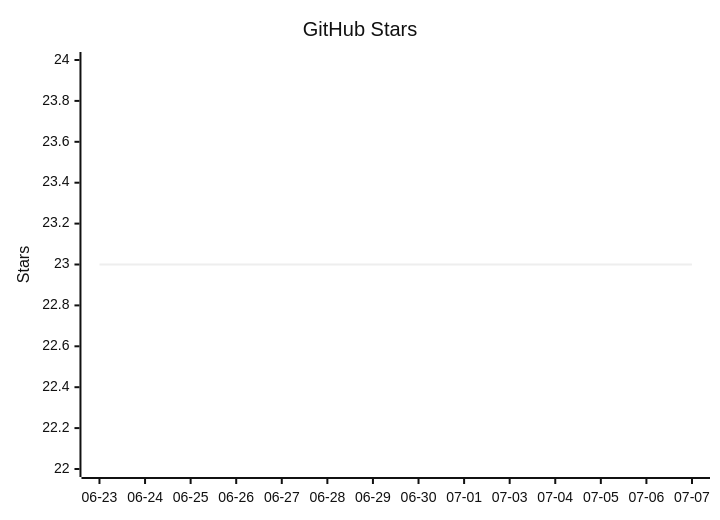
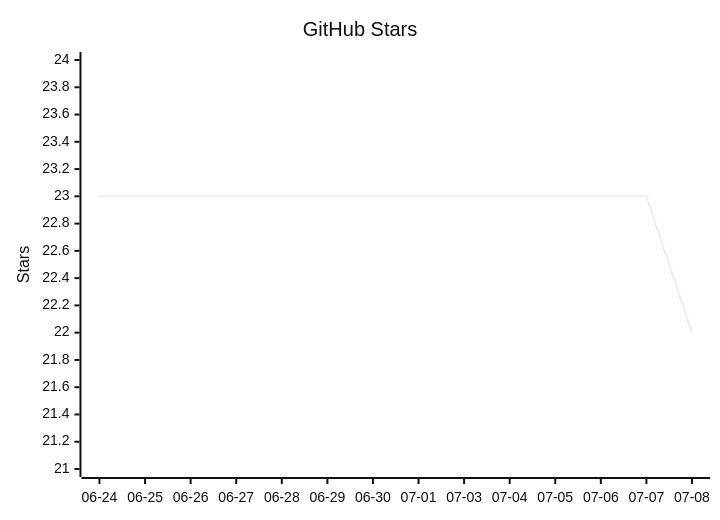
The diagram in README.mbt.md (vectie/moonclaw), drawn with Mermaid (neutral theme) before and after one commit. The commit also changed other lines of this file and 1 other file, not shown here.

Commit message:
Update README star growth

````diff
--- a/README.mbt.md
+++ b/README.mbt.md
@@ -619,7 +619,7 @@
 ```mermaid
 xychart-beta
     title "GitHub Stars"
-    x-axis ["06-23","06-24","06-25","06-26","06-27","06-28","06-29","06-30","07-01","07-03","07-04","07-05","07-06","07-07"]
-    y-axis "Stars" 22 --> 24
-    line [23,23,23,23,23,23,23,23,23,23,23,23,23,23]
+    x-axis ["06-24","06-25","06-26","06-27","06-28","06-29","06-30","07-01","07-03","07-04","07-05","07-06","07-07","07-08"]
+    y-axis "Stars" 21 --> 24
+    line [23,23,23,23,23,23,23,23,23,23,23,23,23,22]
 ```
````
